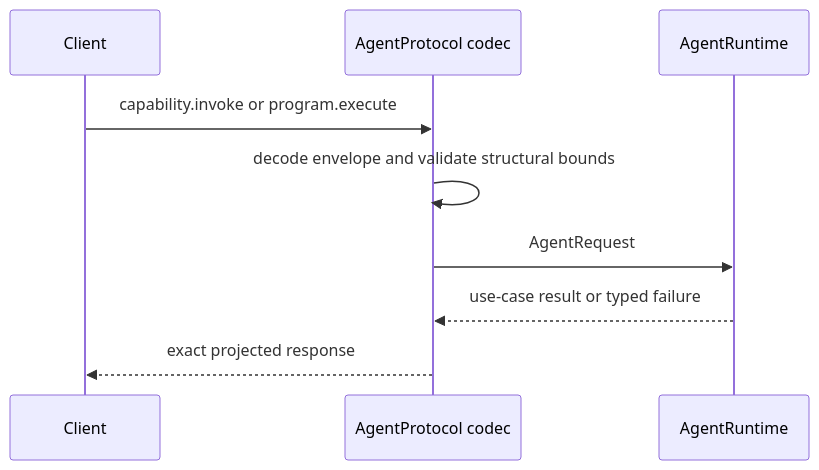
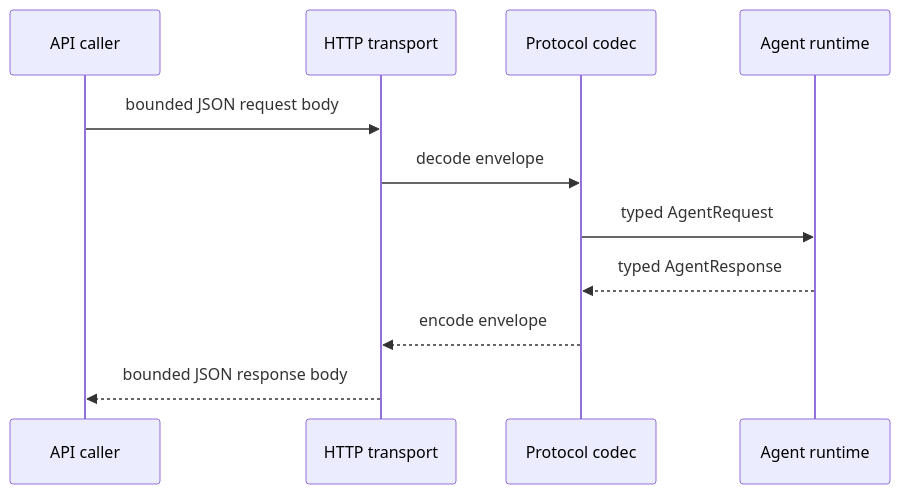
One commit to 1amageek/Rupa changed the second of 2 diagrams in RupaKit/Sources/RupaAgentProtocol/DESIGN.md. Above: the diagram before and after it, drawn with Mermaid. The commit also changed other lines of this file and 133 other files, not shown here.

````diff
--- a/RupaKit/Sources/RupaAgentProtocol/DESIGN.md
+++ b/RupaKit/Sources/RupaAgentProtocol/DESIGN.md
@@ -156,11 +62,13 @@
 ```mermaid
 sequenceDiagram
-    participant C as Client
-    participant P as AgentProtocol codec
-    participant R as AgentRuntime
-    C->>P: capability.invoke or program.execute
-    P->>P: decode envelope and validate structural bounds
-    P->>R: AgentRequest
-    R-->>P: use-case result or typed failure
-    P-->>C: exact projected response
+    participant C as API caller
+    participant T as HTTP transport
+    participant P as Protocol codec
+    participant R as Agent runtime
+    C->>T: bounded JSON request body
+    T->>P: decode envelope
+    P->>R: typed AgentRequest
+    R-->>P: typed AgentResponse
+    P-->>T: encode envelope
+    T-->>C: bounded JSON response body
 ```
````
